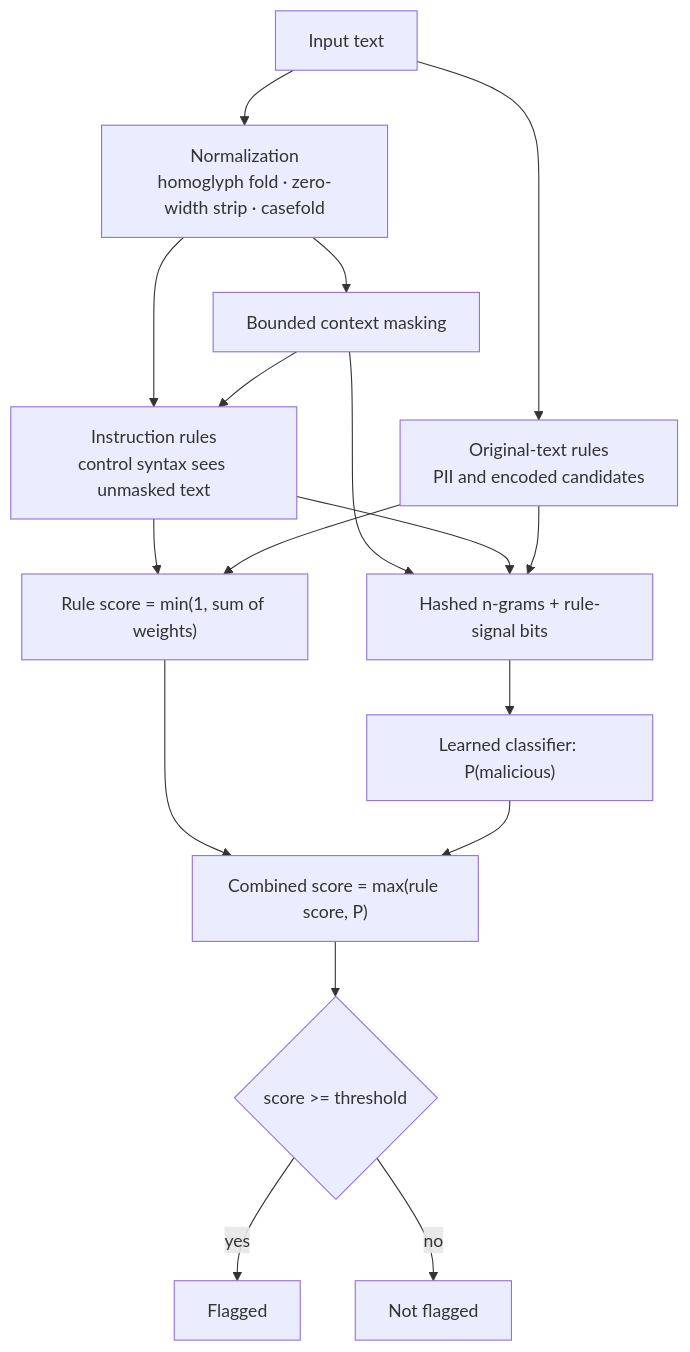
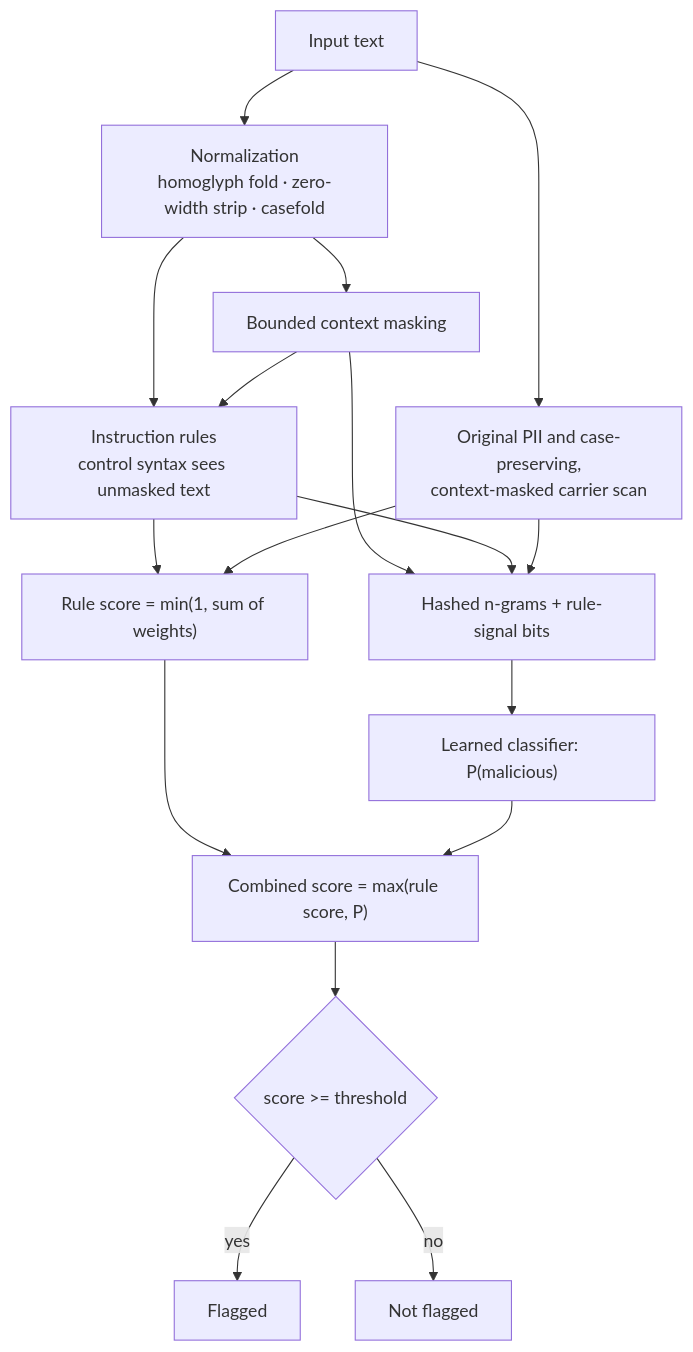
Before and after one commit to balamuruganpg/promptwarden: the first of 2 diagrams in README.md, drawn with Mermaid. The commit also changed other lines of this file and 13 other files, not shown here.

````diff
--- a/README.md
+++ b/README.md
@@ -82,19 +82,19 @@
 ```mermaid
 flowchart TD
   T[Input text] --> N["Normalization<br/>homoglyph fold · zero-width strip · casefold"]
-  T --> I["Original-text rules<br/>PII and encoded candidates"]
+  T --> I["Original PII and case-preserving,<br/>context-masked carrier scan"]
   N --> C[Bounded context masking]
   N --> R["Instruction rules<br/>control syntax sees unmasked text"]
   C --> R
   C --> F[Hashed n-grams + rule-signal bits]
   R --> F
   I --> F
   R --> S["Rule score = min(1, sum of weights)"]
   I --> S
   F --> P["Learned classifier: P(malicious)"]
   S --> M["Combined score = max(rule score, P)"]
   P --> M
   M --> D{score >= threshold}
   D -->|yes| FL[Flagged]
   D -->|no| CL[Not flagged]
 ```
````
